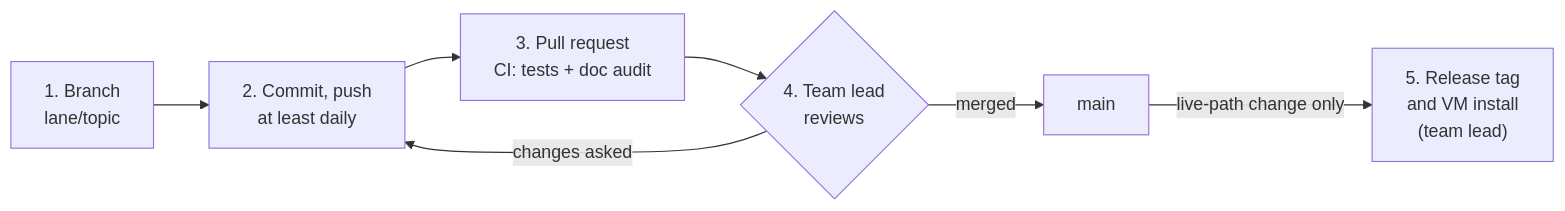
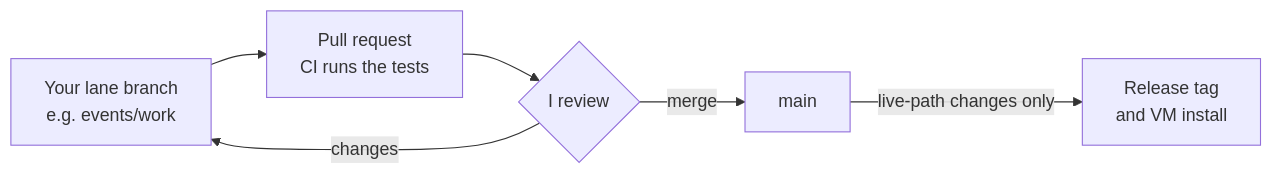
One commit to quanttqueensu/CreditTrading changed the diagram in README.md. Above: the diagram before and after it, drawn with Mermaid. The commit also changed other lines of this file and 3 other files, not shown here.

First line of the commit message:
README in the team lead's voice, with each lane's year; one working branch per lane (team lead, 2026-10-22)

````diff
--- a/README.md
+++ b/README.md
@@ -90,9 +127,8 @@
 ```mermaid
 flowchart LR
-    A["1. Branch<br/>lane/topic"] --> B["2. Commit, push<br/>at least daily"]
-    B --> C["3. Pull request<br/>CI: tests + doc audit"]
-    C --> D{"4. Team lead<br/>reviews"}
-    D -- "changes asked" --> B
-    D -- "merged" --> E["main"]
-    E -- "live-path change only" --> F["5. Release tag<br/>and VM install<br/>(team lead)"]
+    A["Your lane branch<br/>e.g. events/work"] --> B["Pull request<br/>CI runs the tests"]
+    B --> C{"I review"}
+    C -- "changes" --> A
+    C -- "merge" --> D["main"]
+    D -- "live-path changes only" --> E["Release tag<br/>and VM install"]
 ```
````
